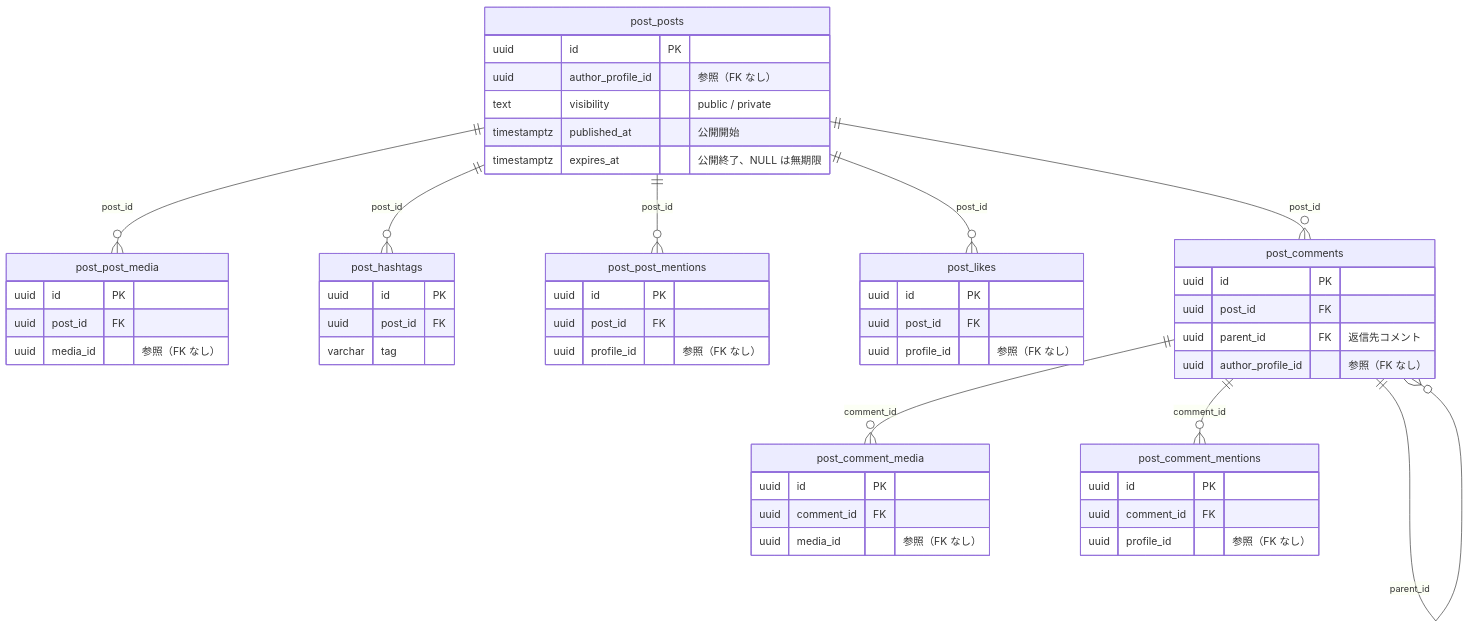
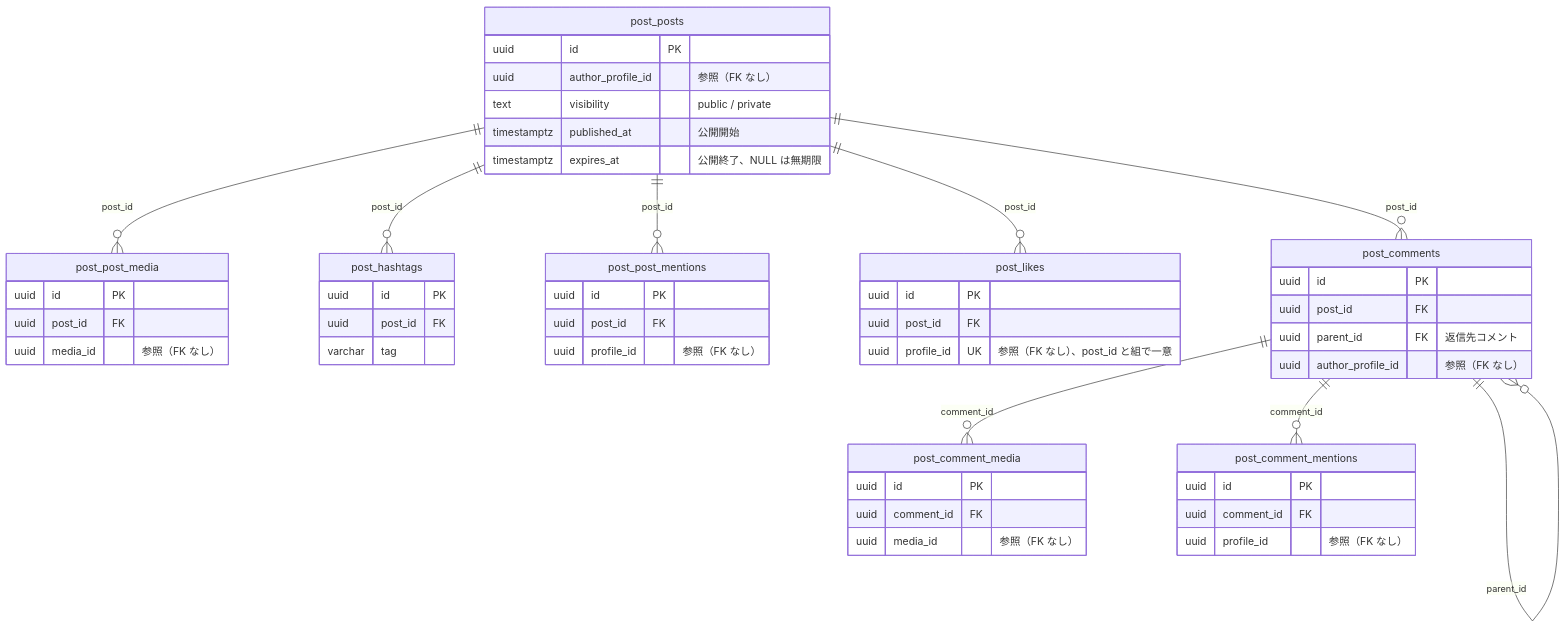
Before and after one commit to panicboat/monorepo: the fourth of 14 diagrams in dystopia/docs/data-model.md, drawn with Mermaid. The commit also changed other lines of this file and 21 other files, not shown here.

````diff
--- a/dystopia/docs/data-model.md
+++ b/dystopia/docs/data-model.md
@@ -91,54 +92,54 @@
 ```mermaid
 erDiagram
     post_posts {
         uuid id PK
         uuid author_profile_id "参照（FK なし）"
         text visibility "public / private"
         timestamptz published_at "公開開始"
         timestamptz expires_at "公開終了、NULL は無期限"
     }
     post_post_media {
         uuid id PK
         uuid post_id FK
         uuid media_id "参照（FK なし）"
     }
     post_hashtags {
         uuid id PK
         uuid post_id FK
         varchar tag
     }
     post_post_mentions {
         uuid id PK
         uuid post_id FK
         uuid profile_id "参照（FK なし）"
     }
     post_likes {
         uuid id PK
         uuid post_id FK
-        uuid profile_id "参照（FK なし）"
+        uuid profile_id UK "参照（FK なし）、post_id と組で一意"
     }
     post_comments {
         uuid id PK
         uuid post_id FK
         uuid parent_id FK "返信先コメント"
         uuid author_profile_id "参照（FK なし）"
     }
     post_comment_media {
         uuid id PK
         uuid comment_id FK
         uuid media_id "参照（FK なし）"
     }
     post_comment_mentions {
         uuid id PK
         uuid comment_id FK
         uuid profile_id "参照（FK なし）"
     }
     post_posts ||--o{ post_post_media : "post_id"
     post_posts ||--o{ post_hashtags : "post_id"
     post_posts ||--o{ post_post_mentions : "post_id"
     post_posts ||--o{ post_likes : "post_id"
     post_posts ||--o{ post_comments : "post_id"
     post_comments ||--o{ post_comments : "parent_id"
     post_comments ||--o{ post_comment_media : "comment_id"
     post_comments ||--o{ post_comment_mentions : "comment_id"
 ```
````
